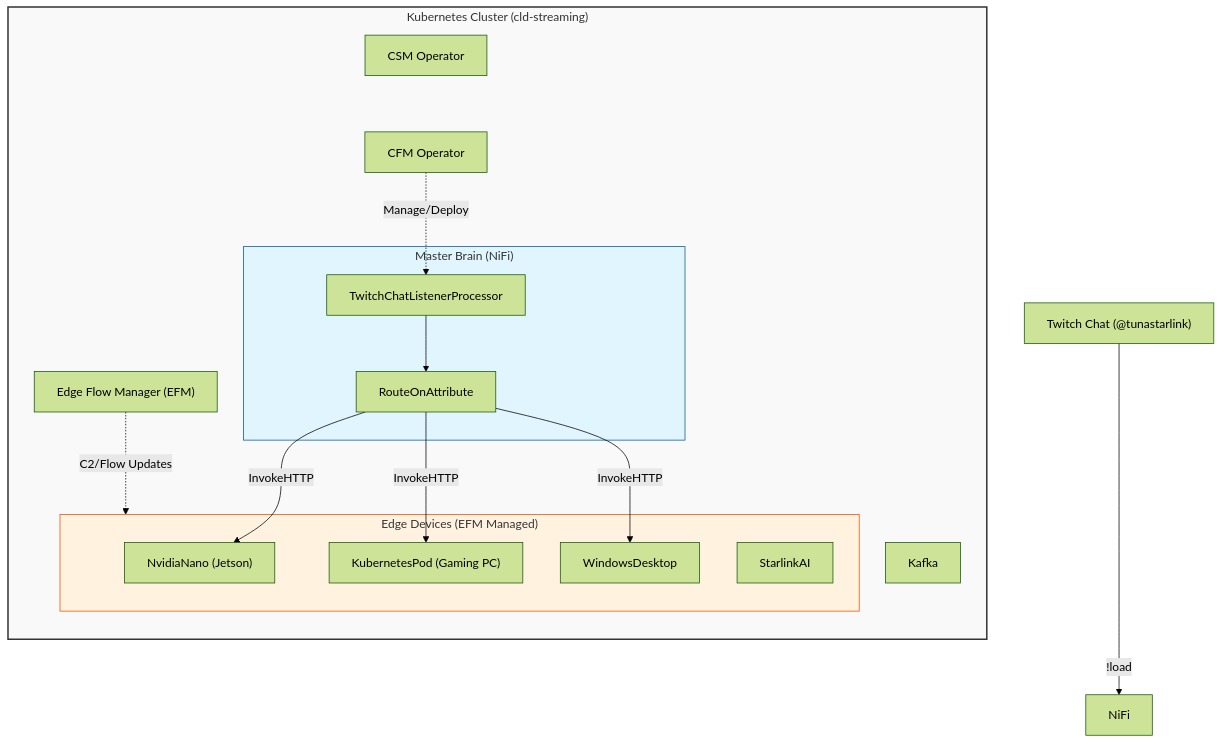
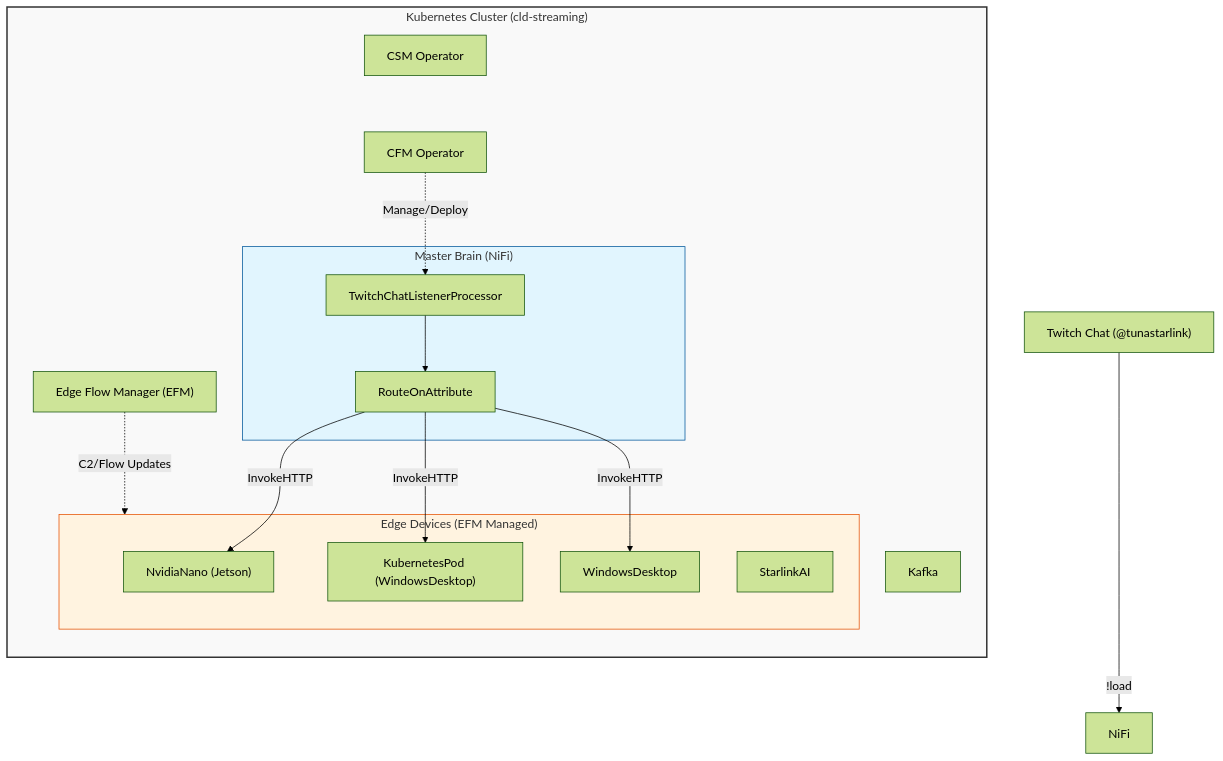
One commit to cldr-steven-matison/DesktopShare changed the diagram in streamers-twitch-bot.md. Above: the diagram before and after it, drawn with Mermaid (forest theme). The commit also changed other lines of this file and 27 other files, not shown here.

````diff
--- a/streamers-twitch-bot.md
+++ b/streamers-twitch-bot.md
@@ -160,45 +160,45 @@
 ```mermaid
 graph TD
     %% External Inputs
     Twitch["Twitch Chat (@tunastarlink)"] -->|"!load <streamer>"| NiFi
 
     %% Kubernetes Cluster (cld-streaming)
     subgraph K8s ["Kubernetes Cluster (cld-streaming)"]
         direction TB
         
         CSM["CSM Operator"]
         CFM["CFM Operator"]
         Kafka["Kafka"]
         
         subgraph MasterBrain ["Master Brain (NiFi)"]
             NifiProc["TwitchChatListenerProcessor"]
             Route["RouteOnAttribute"]
             NifiProc --> Route
         end
         
         EFM["Edge Flow Manager (EFM)"]
         
         %% Management Connections
         CSM ~~~ CFM
         CFM -.->|Manage/Deploy| NifiProc
         EFM -.->|C2/Flow Updates| Agents
     end
 
     %% Edge Layer
     subgraph Agents ["Edge Devices (EFM Managed)"]
         Nano["NvidiaNano (Jetson)"]
-        Pod["KubernetesPod (Gaming PC)"]
+        Pod["KubernetesPod (WindowsDesktop)"]
         Win["WindowsDesktop"]
         Starlink["StarlinkAI"]
     end
 
     %% Command/Data Flow
     Route -->|InvokeHTTP| Nano
     Route -->|InvokeHTTP| Pod
     Route -->|InvokeHTTP| Win
     
     %% Styles
     style K8s fill:#f9f9f9,stroke:#333,stroke-width:2px
     style MasterBrain fill:#e1f5fe,stroke:#01579b
     style Agents fill:#fff3e0,stroke:#e65100
 ```
````
